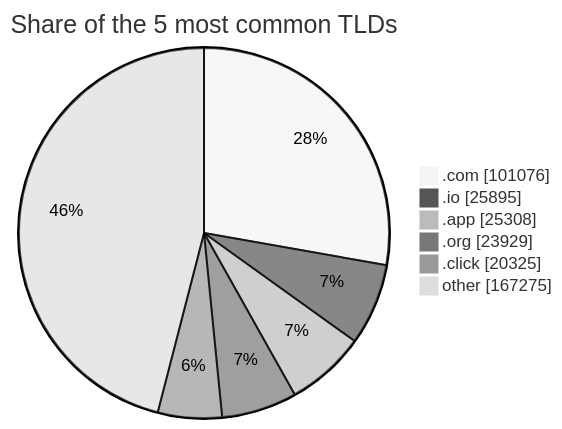
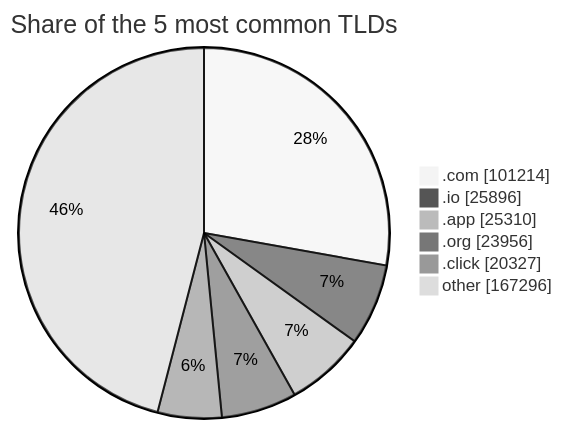
One commit to DNSBunker/CTI changed the third of 3 diagrams in README.md. Above: the diagram before and after it, drawn with Mermaid (neutral theme). The commit also changed other lines of this file and 3 other files, not shown here.

````diff
--- a/README.md
+++ b/README.md
@@ -81,9 +81,9 @@
 ```mermaid
 pie showData title Share of the 5 most common TLDs
-    ".com" : 101076
-    ".io" : 25895
-    ".app" : 25308
-    ".org" : 23929
-    ".click" : 20325
-    "other" : 167275
+    ".com" : 101214
+    ".io" : 25896
+    ".app" : 25310
+    ".org" : 23956
+    ".click" : 20327
+    "other" : 167296
 ```
````
